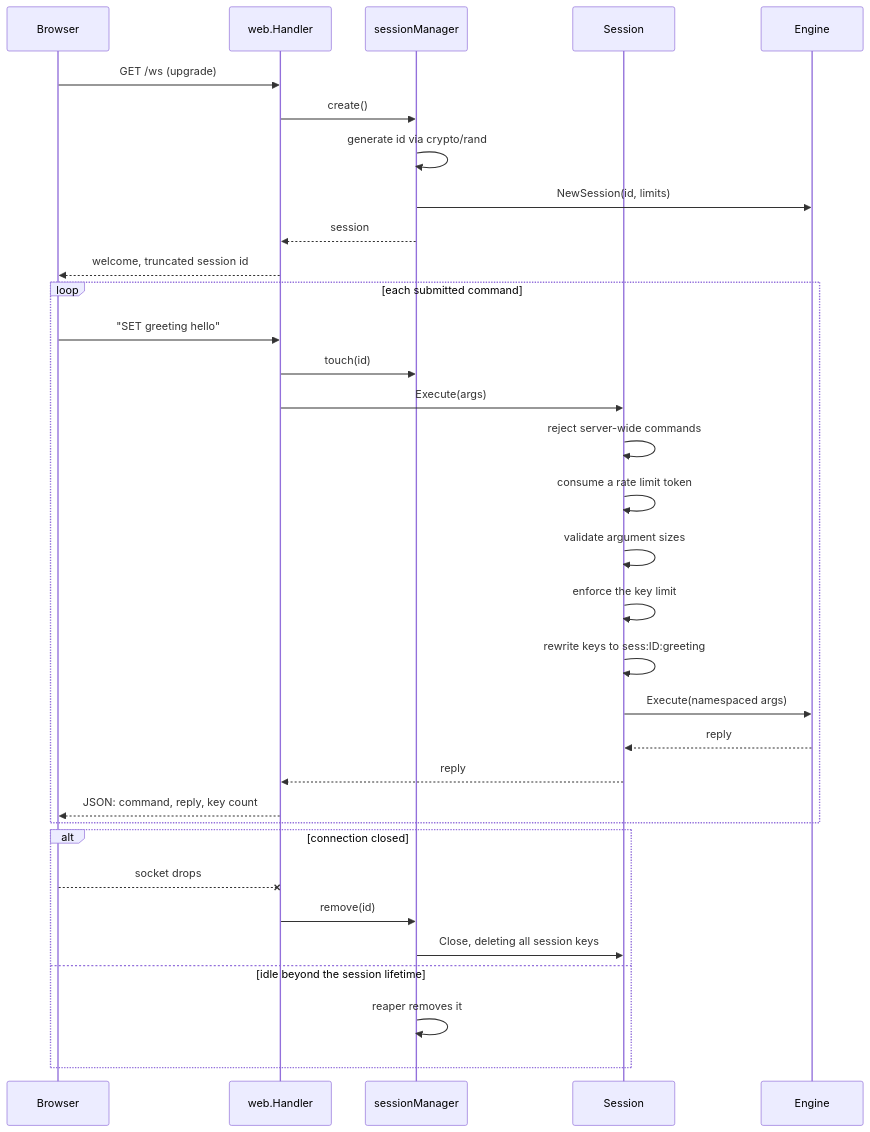
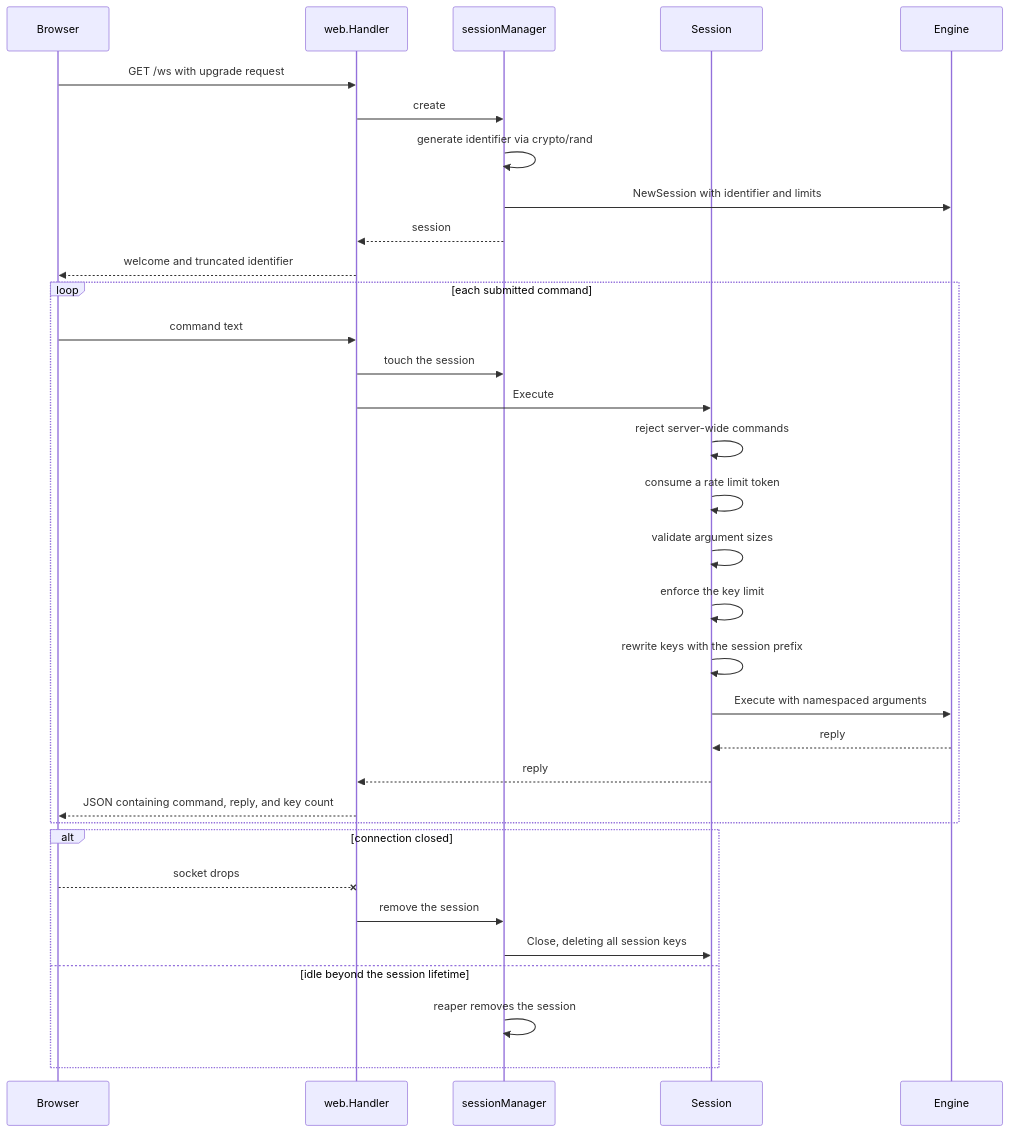
The ninth of 9 diagrams in ARCHITECTURE.md (AviK0928/RedisGo), drawn with Mermaid before and after one commit. The commit also changed other lines of this file, not shown here.

Commit message:
Refine terminology in ARCHITECTURE.md

````diff
--- a/ARCHITECTURE.md
+++ b/ARCHITECTURE.md
@@ -362,39 +362,39 @@
 ```mermaid
 sequenceDiagram
     participant B as Browser
     participant H as web.Handler
     participant SM as sessionManager
     participant S as Session
     participant E as Engine
 
-    B->>H: GET /ws (upgrade)
-    H->>SM: create()
-    SM->>SM: generate id via crypto/rand
-    SM->>E: NewSession(id, limits)
+    B->>H: GET /ws with upgrade request
+    H->>SM: create
+    SM->>SM: generate identifier via crypto/rand
+    SM->>E: NewSession with identifier and limits
     SM-->>H: session
-    H-->>B: welcome, truncated session id
+    H-->>B: welcome and truncated identifier
 
     loop each submitted command
-        B->>H: "SET greeting hello"
-        H->>SM: touch(id)
-        H->>S: Execute(args)
+        B->>H: command text
+        H->>SM: touch the session
+        H->>S: Execute
 
         S->>S: reject server-wide commands
         S->>S: consume a rate limit token
         S->>S: validate argument sizes
         S->>S: enforce the key limit
-        S->>S: rewrite keys to sess:ID:greeting
-        S->>E: Execute(namespaced args)
+        S->>S: rewrite keys with the session prefix
+        S->>E: Execute with namespaced arguments
         E-->>S: reply
         S-->>H: reply
-        H-->>B: JSON: command, reply, key count
+        H-->>B: JSON containing command, reply, and key count
     end
 
     alt connection closed
         B--xH: socket drops
-        H->>SM: remove(id)
+        H->>SM: remove the session
         SM->>S: Close, deleting all session keys
     else idle beyond the session lifetime
-        SM->>SM: reaper removes it
+        SM->>SM: reaper removes the session
     end
 ```
````
